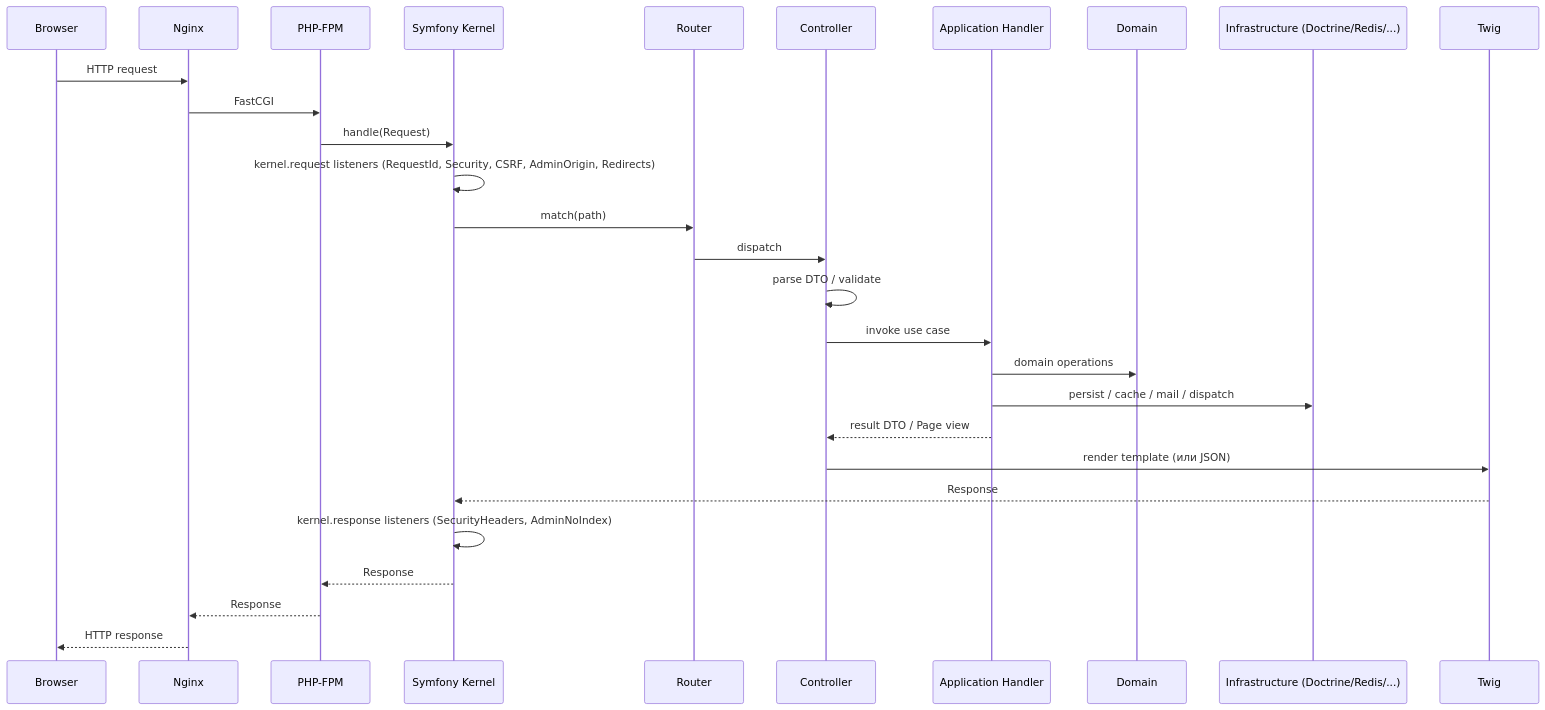
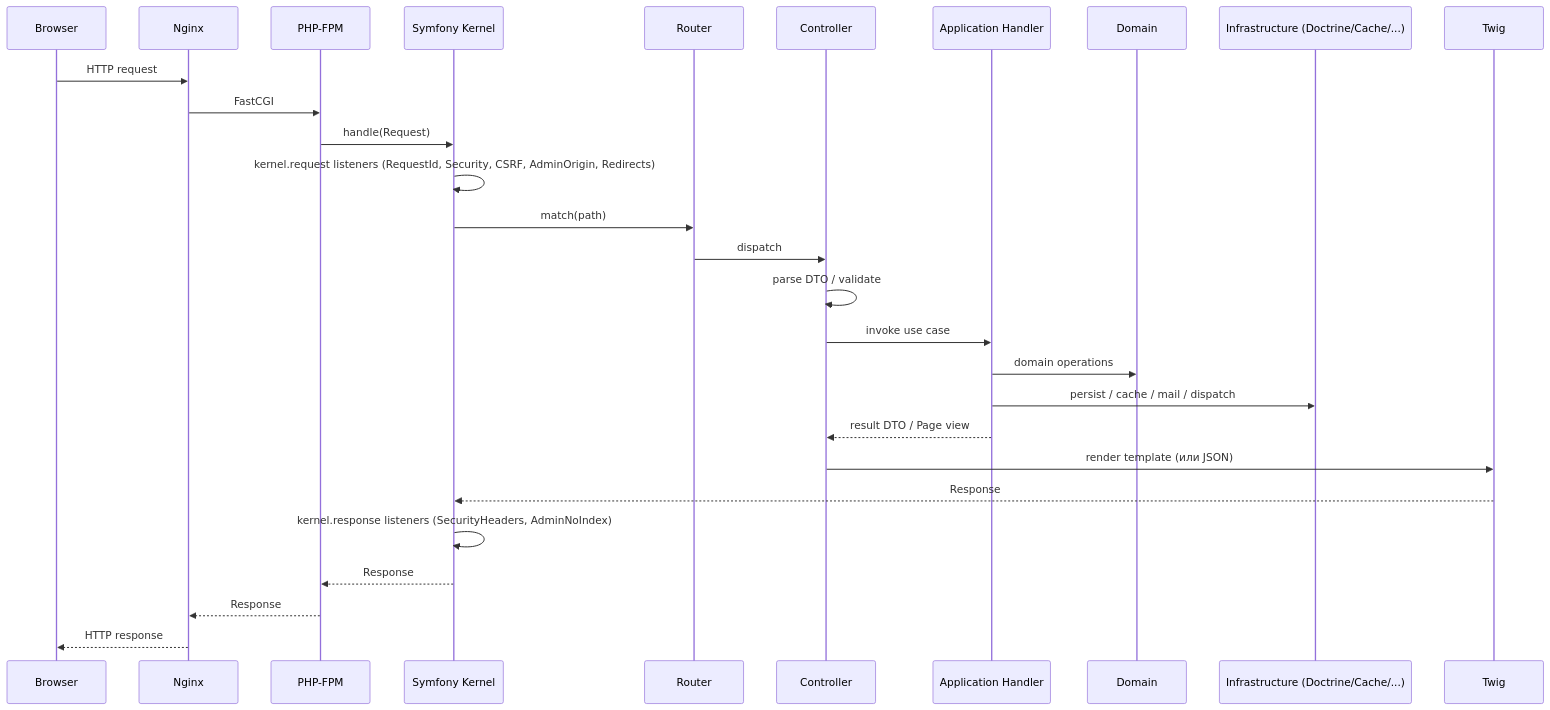
Before and after one commit to ariestop/zaborprofil: the second of 9 diagrams in docs/02-architecture.md, drawn with Mermaid. The commit also changed other lines of this file and 50 other files, not shown here.

````diff
--- a/docs/02-architecture.md
+++ b/docs/02-architecture.md
@@ -60,31 +60,31 @@
 ```mermaid
 sequenceDiagram
     participant U as Browser
     participant N as Nginx
     participant F as PHP-FPM
     participant K as Symfony Kernel
     participant R as Router
     participant C as Controller
     participant A as Application Handler
     participant D as Domain
-    participant I as Infrastructure (Doctrine/Redis/...)
+    participant I as Infrastructure (Doctrine/Cache/...)
     participant T as Twig
 
     U->>N: HTTP request
     N->>F: FastCGI
     F->>K: handle(Request)
     K->>K: kernel.request listeners (RequestId, Security, CSRF, AdminOrigin, Redirects)
     K->>R: match(path)
     R->>C: dispatch
     C->>C: parse DTO / validate
     C->>A: invoke use case
     A->>D: domain operations
     A->>I: persist / cache / mail / dispatch
     A-->>C: result DTO / Page view
     C->>T: render template (или JSON)
     T-->>K: Response
     K->>K: kernel.response listeners (SecurityHeaders, AdminNoIndex)
     K-->>F: Response
     F-->>N: Response
     N-->>U: HTTP response
 ```
````
